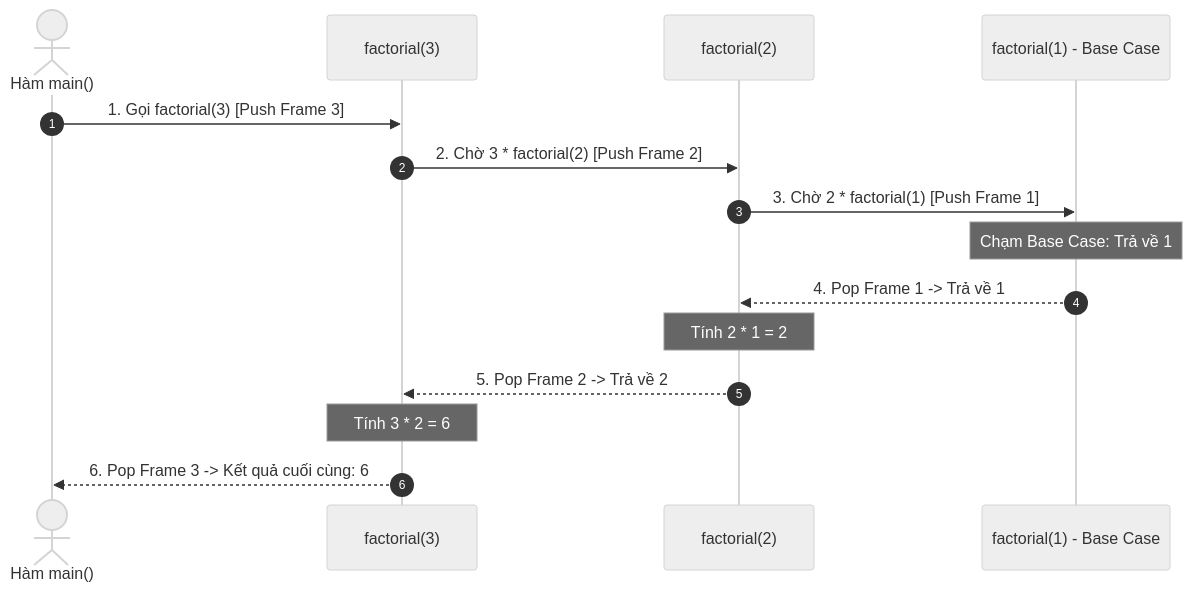
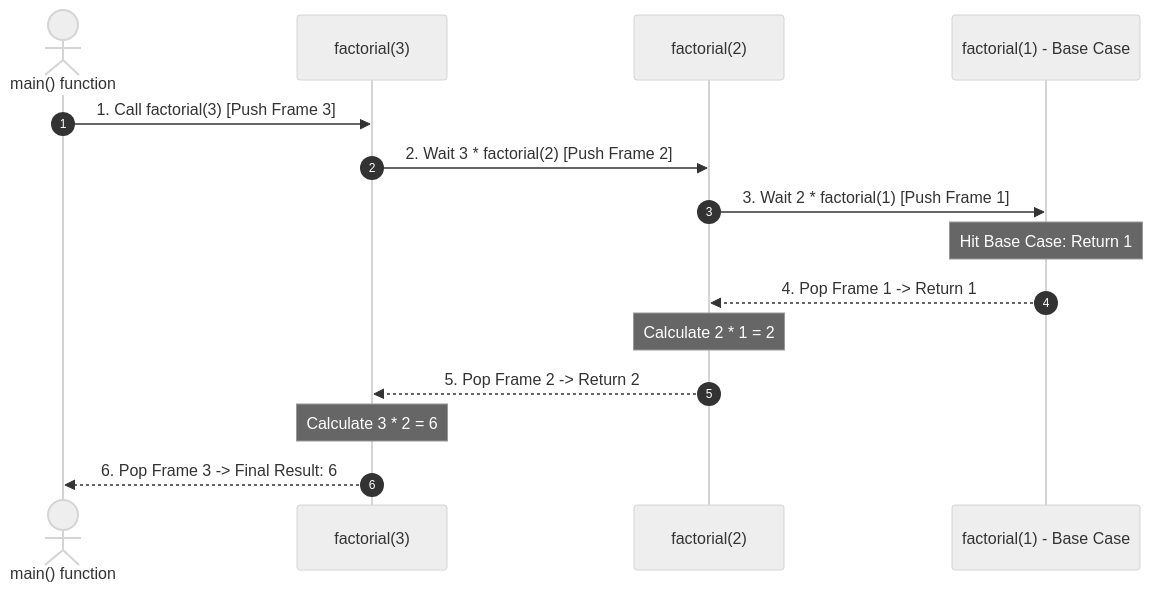
Before and after one commit to ga2631/ga2631.github.io: the diagram in src/data/blog/en/33-2026-06-04-recursion-fundamentals-call-stack-tail-call-optimization-cpp.md, drawn with Mermaid (neutral theme). The commit also changed other lines of this file and 74 other files, not shown here.

````diff
--- a/src/data/blog/en/33-2026-06-04-recursion-fundamentals-call-stack-tail-call-optimization-cpp.md
+++ b/src/data/blog/en/33-2026-06-04-recursion-fundamentals-call-stack-tail-call-optimization-cpp.md
@@ -48,18 +48,18 @@
 ```mermaid
 sequenceDiagram
     autonumber
-    actor Main as Hàm main()
+    actor Main as main() function
     participant F3 as factorial(3)
     participant F2 as factorial(2)
     participant F1 as factorial(1) - Base Case
 
-    Main->>F3: 1. Gọi factorial(3) [Push Frame 3]
-    F3->>F2: 2. Chờ 3 * factorial(2) [Push Frame 2]
-    F2->>F1: 3. Chờ 2 * factorial(1) [Push Frame 1]
-    Note over F1: Chạm Base Case: Trả về 1
-    F1-->>F2: 4. Pop Frame 1 -> Trả về 1
-    Note over F2: Tính 2 * 1 = 2
-    F2-->>F3: 5. Pop Frame 2 -> Trả về 2
-    Note over F3: Tính 3 * 2 = 6
-    F3-->>Main: 6. Pop Frame 3 -> Kết quả cuối cùng: 6
+    Main->>F3: 1. Call factorial(3) [Push Frame 3]
+    F3->>F2: 2. Wait 3 * factorial(2) [Push Frame 2]
+    F2->>F1: 3. Wait 2 * factorial(1) [Push Frame 1]
+    Note over F1: Hit Base Case: Return 1
+    F1-->>F2: 4. Pop Frame 1 -> Return 1
+    Note over F2: Calculate 2 * 1 = 2
+    F2-->>F3: 5. Pop Frame 2 -> Return 2
+    Note over F3: Calculate 3 * 2 = 6
+    F3-->>Main: 6. Pop Frame 3 -> Final Result: 6
 ```
````
